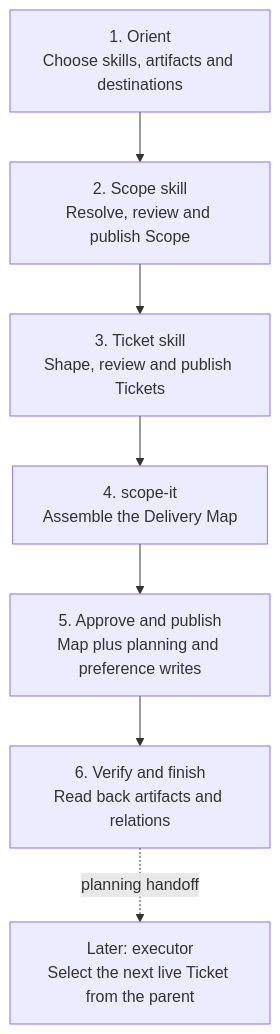
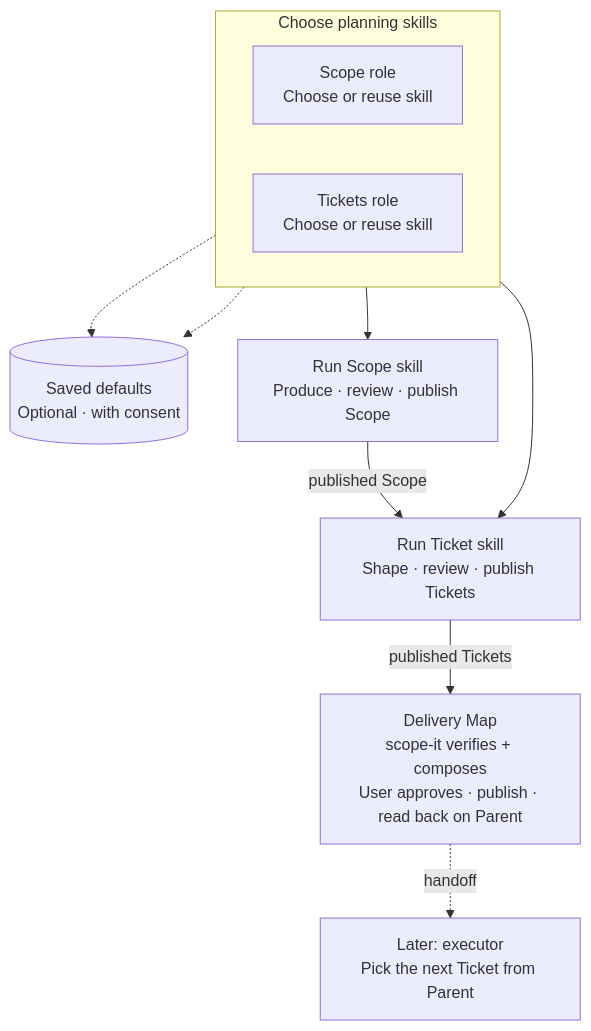
The diagram in skills/scope-it/README.md (shihyuho/skills), drawn with Mermaid before and after one commit. The commit also changed other lines of this file, not shown here.

Commit message:
docs(scope-it): refine workflow diagram (#34)

````diff
--- a/skills/scope-it/README.md
+++ b/skills/scope-it/README.md
@@ -9,13 +9,22 @@
 ```mermaid
 flowchart TD
-    A["1. Orient<br/>Choose skills, artifacts and destinations"]
-    B["2. Scope skill<br/>Resolve, review and publish Scope"]
-    C["3. Ticket skill<br/>Shape, review and publish Tickets"]
-    D["4. scope-it<br/>Assemble the Delivery Map"]
-    E["5. Approve and publish<br/>Map plus planning and preference writes"]
-    F["6. Verify and finish<br/>Read back artifacts and relations"]
-    G["Later: executor<br/>Select the next live Ticket from the parent"]
+    subgraph CHOOSE["Choose planning skills"]
+        direction LR
+        CS["Scope role<br/>Choose or reuse skill"]
+        CT["Tickets role<br/>Choose or reuse skill"]
+    end
 
-    A --> B --> C --> D --> E --> F
-    F -. "planning handoff" .-> G
+    SAVE[("Saved defaults<br/>Optional · with consent")]
+    S["Run Scope skill<br/>Produce · review · publish Scope"]
+    T["Run Ticket skill<br/>Shape · review · publish Tickets"]
+    M["Delivery Map<br/>scope-it verifies + composes<br/>User approves · publish · read back on Parent"]
+    E["Later: executor<br/>Pick the next Ticket from Parent"]
+
+    CS -.-> SAVE
+    CT -.-> SAVE
+    CS --> S
+    CT --> T
+    S -->|"published Scope"| T
+    T -->|"published Tickets"| M
+    M -. "handoff" .-> E
 ```
````
